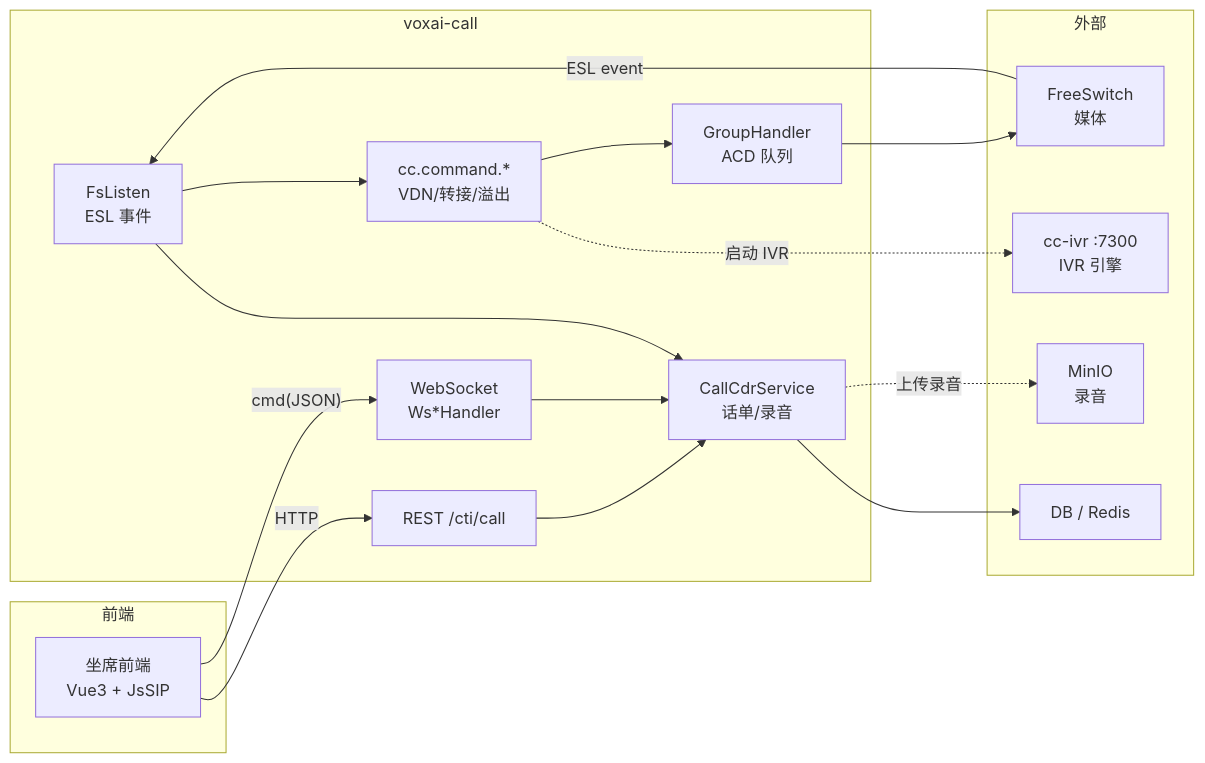
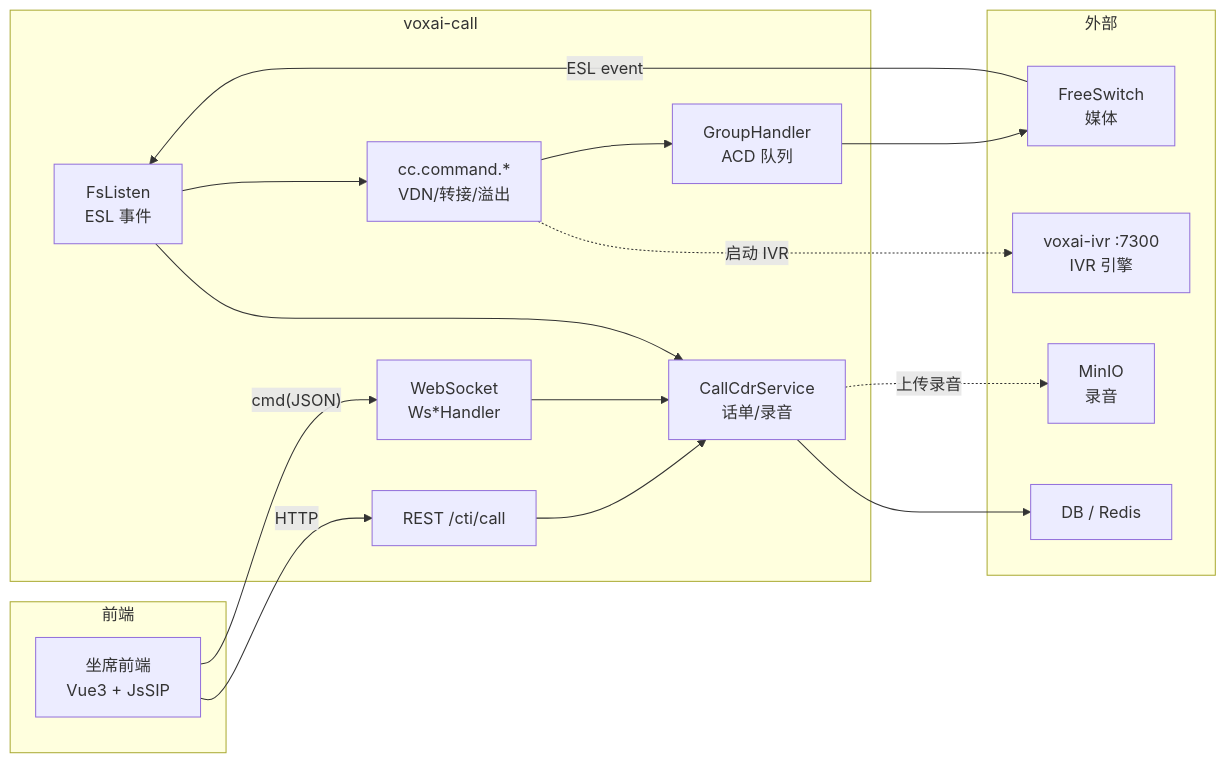
The first of 8 diagrams in docs/02-业务流程.md (dongjb741280/ai-call-center), drawn with Mermaid before and after one commit. The commit also changed other lines of this file and 83 other files, not shown here.

First line of the commit message:
feat(ivr): add voxai-ivr IVR engine module

````diff
--- a/docs/02-业务流程.md
+++ b/docs/02-业务流程.md
@@ -12,31 +12,31 @@
 ```mermaid
 flowchart LR
     subgraph 前端
         Web["坐席前端<br/>Vue3 + JsSIP"]
     end
     subgraph voxai-call
         WS["WebSocket<br/>Ws*Handler"]
         REST["REST /cti/call"]
         FS["FsListen<br/>ESL 事件"]
         ACD["GroupHandler<br/>ACD 队列"]
         CMD["cc.command.*<br/>VDN/转接/溢出"]
         CDR["CallCdrService<br/>话单/录音"]
     end
     subgraph 外部
         FreeSwitch["FreeSwitch<br/>媒体"]
-        IVR["cc-ivr :7300<br/>IVR 引擎"]
+        IVR["voxai-ivr :7300<br/>IVR 引擎"]
         MINIO["MinIO<br/>录音"]
         DB["DB / Redis"]
     end
 
     Web -- "cmd(JSON)" --> WS
     Web -- "HTTP" --> REST
     FreeSwitch -- "ESL event" --> FS
     FS --> CMD --> ACD --> FreeSwitch
     REST --> CDR
     WS --> CDR
     CDR --> DB
     FS --> CDR
     CMD -. "启动 IVR" .-> IVR
     CDR -. "上传录音" .-> MINIO
 ```
````
